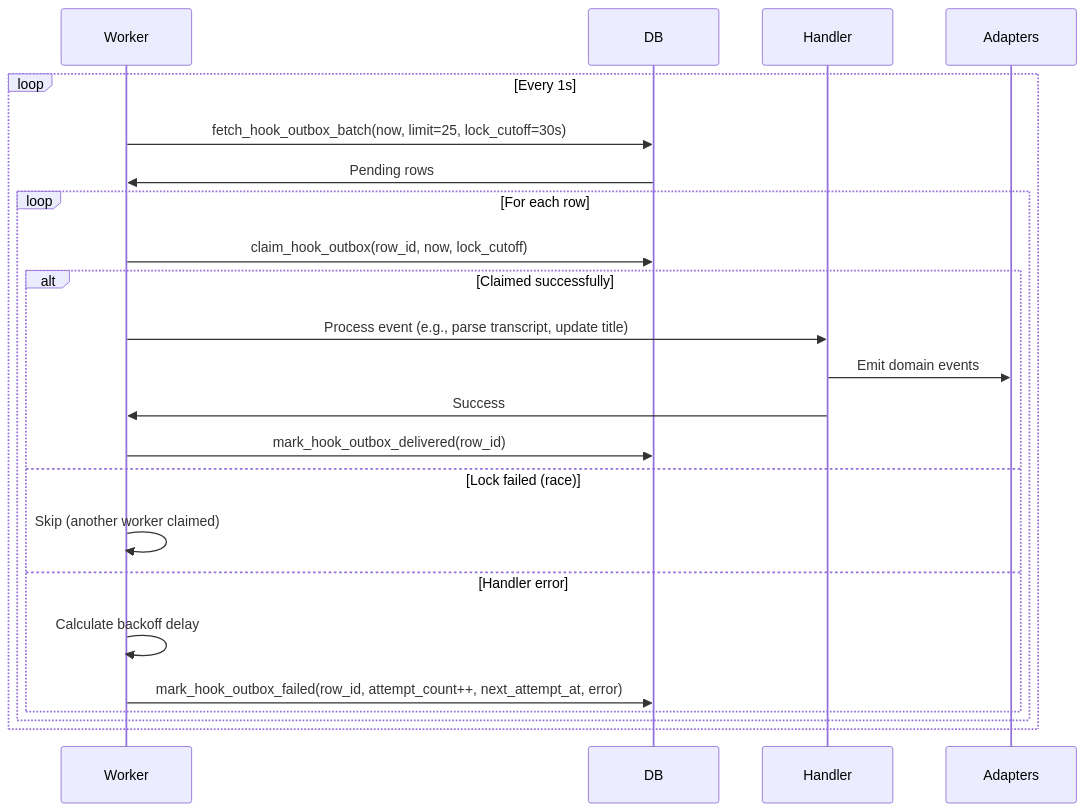
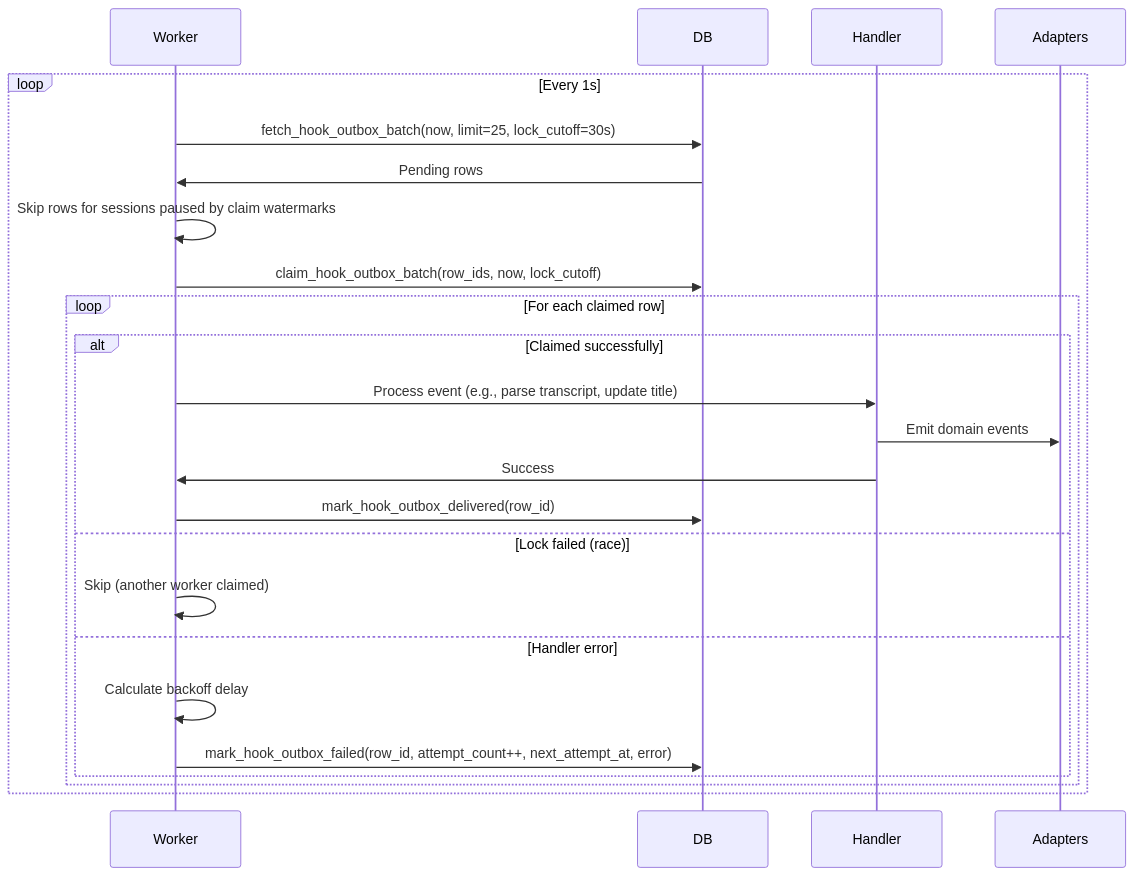
One commit to InstruktAI/TeleClaude changed the third of 3 diagrams in docs/project/design/architecture/outbox.md. Above: the diagram before and after it, drawn with Mermaid. The commit also changed other lines of this file, not shown here.

````diff
--- a/docs/project/design/architecture/outbox.md
+++ b/docs/project/design/architecture/outbox.md
@@ -92,26 +94,27 @@
 ```mermaid
 sequenceDiagram
     participant Worker
     participant DB
     participant Handler
     participant Adapters
 
     loop Every 1s
         Worker->>DB: fetch_hook_outbox_batch(now, limit=25, lock_cutoff=30s)
         DB->>Worker: Pending rows
-        loop For each row
-            Worker->>DB: claim_hook_outbox(row_id, now, lock_cutoff)
+        Worker->>Worker: Skip rows for sessions paused by claim watermarks
+        Worker->>DB: claim_hook_outbox_batch(row_ids, now, lock_cutoff)
+        loop For each claimed row
             alt Claimed successfully
                 Worker->>Handler: Process event (e.g., parse transcript, update title)
                 Handler->>Adapters: Emit domain events
                 Handler->>Worker: Success
                 Worker->>DB: mark_hook_outbox_delivered(row_id)
             else Lock failed (race)
                 Worker->>Worker: Skip (another worker claimed)
             else Handler error
                 Worker->>Worker: Calculate backoff delay
                 Worker->>DB: mark_hook_outbox_failed(row_id, attempt_count++, next_attempt_at, error)
             end
         end
     end
 ```
````
